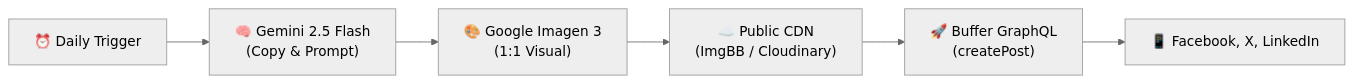
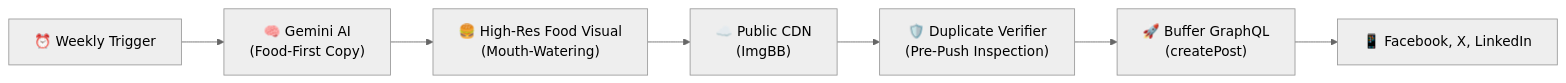
Before and after one commit to datuljeffrey-sys/flexitap-social-publisher: the diagram in README.md, drawn with Mermaid (neutral theme). The commit also changed other lines of this file and 4 other files, not shown here.

````diff
--- a/README.md
+++ b/README.md
@@ -9,8 +9,9 @@
 ```mermaid
 flowchart LR
-    A["⏰ Daily Trigger"] --> B["🧠 Gemini 2.5 Flash\n(Copy & Prompt)"]
-    B --> C["🎨 Google Imagen 3\n(1:1 Visual)"]
-    C --> D["☁️ Public CDN\n(ImgBB / Cloudinary)"]
-    D --> E["🚀 Buffer GraphQL\n(createPost)"]
-    E --> F["📱 Facebook, X, LinkedIn"]
+    A["⏰ Weekly Trigger"] --> B["🧠 Gemini AI\n(Food-First Copy)"]
+    B --> C["🍔 High-Res Food Visual\n(Mouth-Watering)"]
+    C --> D["☁️ Public CDN\n(ImgBB)"]
+    D --> E["🛡️ Duplicate Verifier\n(Pre-Push Inspection)"]
+    E --> F["🚀 Buffer GraphQL\n(createPost)"]
+    F --> G["📱 Facebook, X, LinkedIn"]
 ```
````
